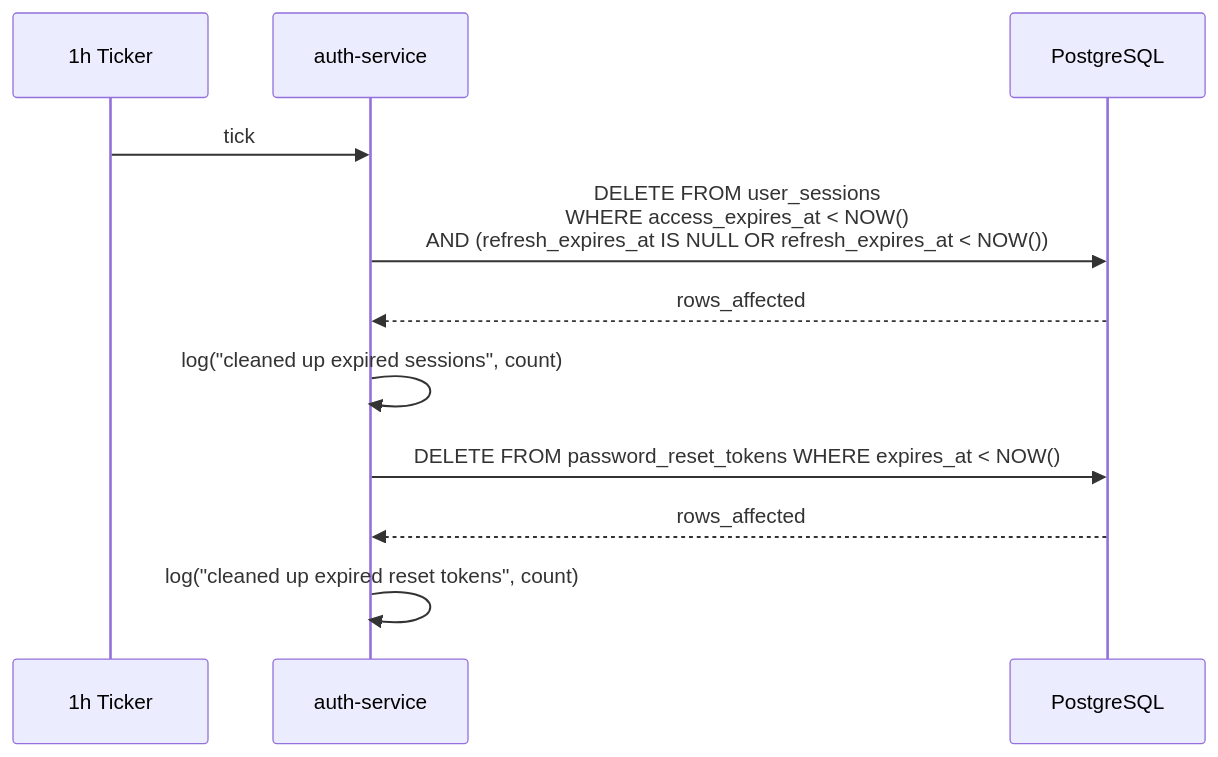
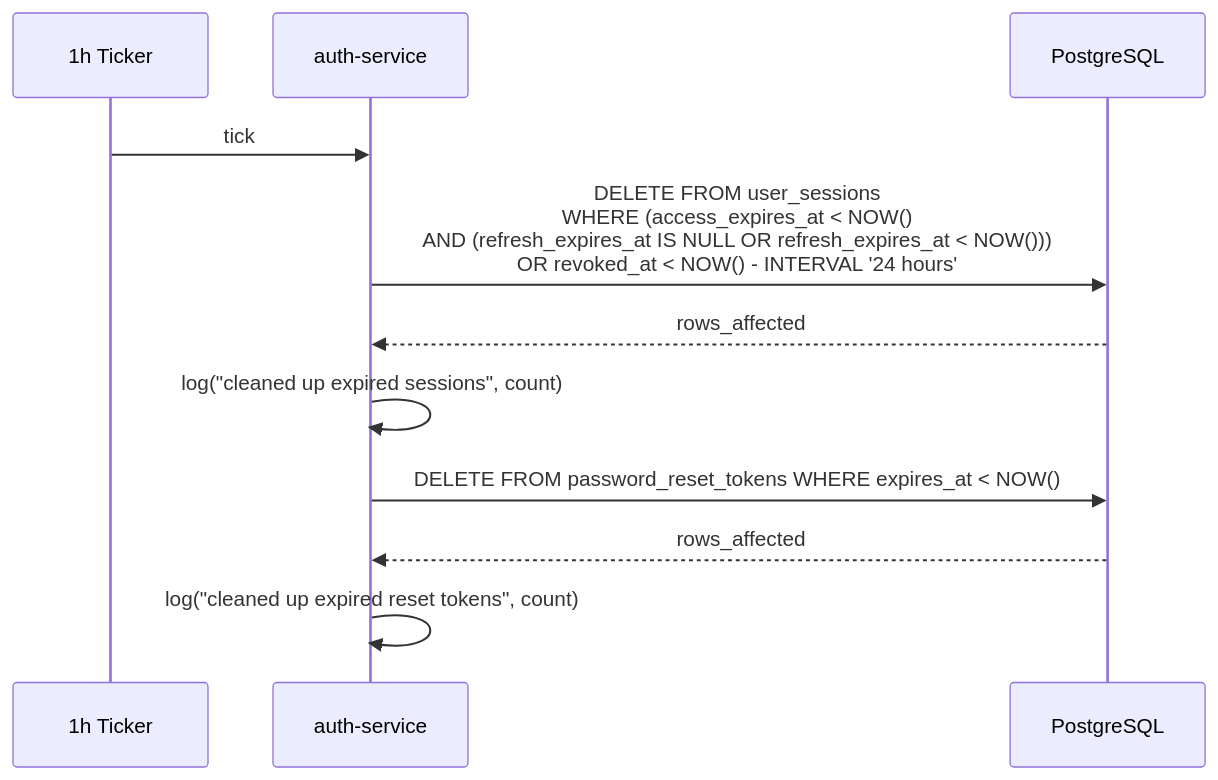
Before and after one commit to code-farms/fyredocs_backend: diagram 11 of 12 in docs/developer/mermaid/service-auth-service-sequence.md, drawn with Mermaid. The commit also changed other lines of this file and 162 other files, not shown here.

````diff
--- a/docs/developer/mermaid/service-auth-service-sequence.md
+++ b/docs/developer/mermaid/service-auth-service-sequence.md
@@ -273,14 +286,14 @@
 ```mermaid
 sequenceDiagram
     participant Tick as 1h Ticker
     participant AS as auth-service
     participant PG as PostgreSQL
 
     Tick->>AS: tick
-    AS->>PG: DELETE FROM user_sessions<br/>WHERE access_expires_at < NOW()<br/>AND (refresh_expires_at IS NULL OR refresh_expires_at < NOW())
+    AS->>PG: DELETE FROM user_sessions<br/>WHERE (access_expires_at < NOW()<br/>AND (refresh_expires_at IS NULL OR refresh_expires_at < NOW()))<br/>OR revoked_at < NOW() - INTERVAL '24 hours'
     PG-->>AS: rows_affected
     AS->>AS: log("cleaned up expired sessions", count)
     AS->>PG: DELETE FROM password_reset_tokens WHERE expires_at < NOW()
     PG-->>AS: rows_affected
     AS->>AS: log("cleaned up expired reset tokens", count)
 ```
````
